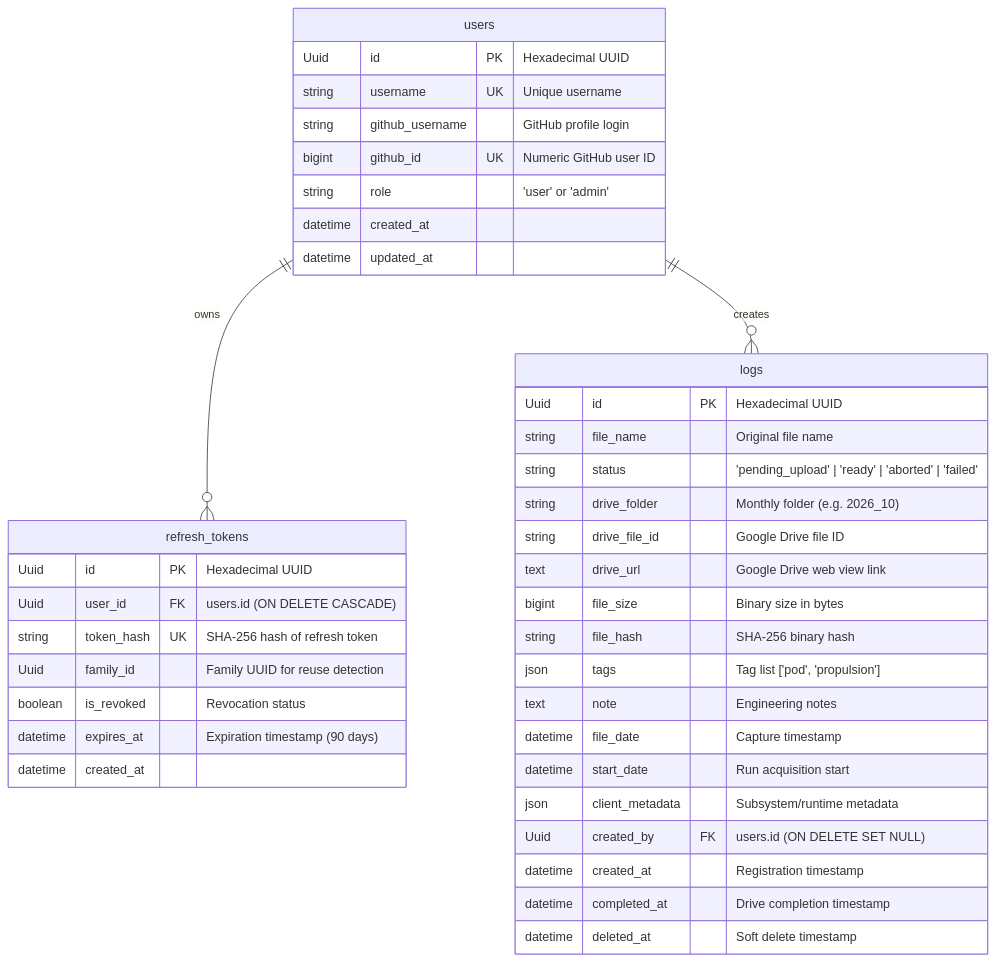
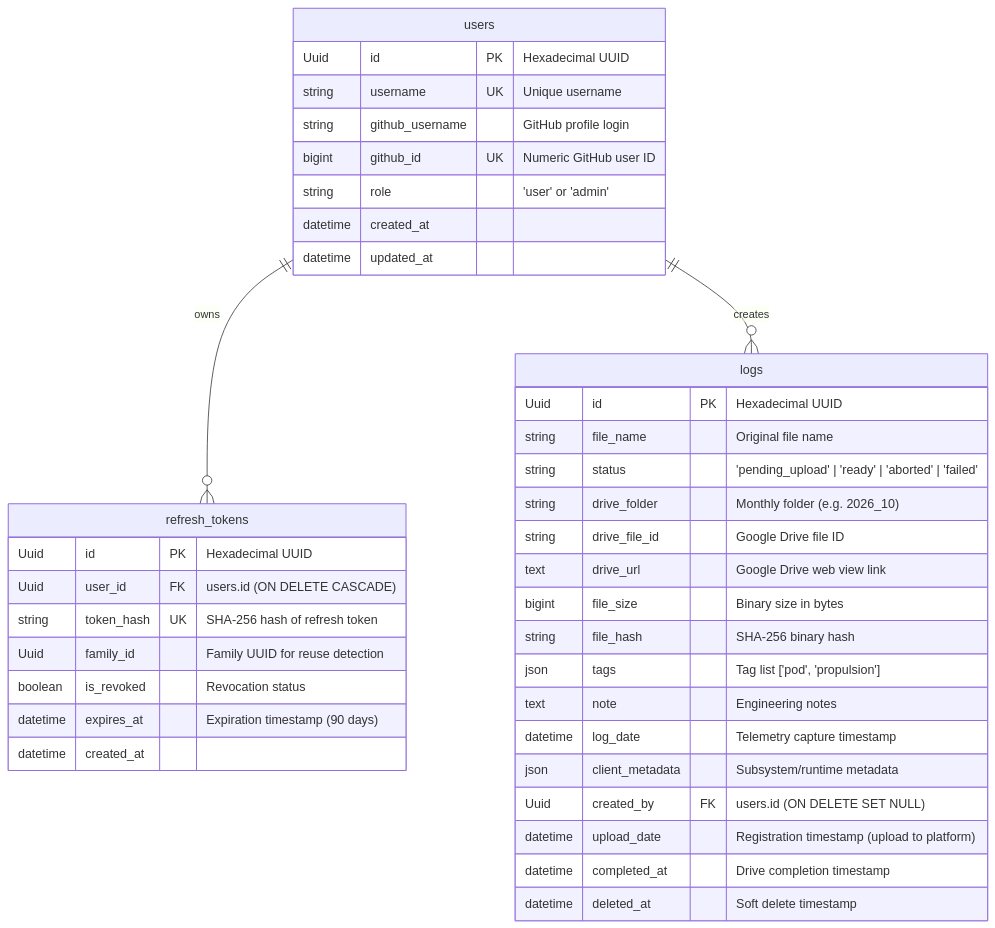
Before and after one commit to Hyperloop-UPV/cloud-logs: the second of 2 diagrams in docs/ARCHITECTURE.md, drawn with Mermaid. The commit also changed other lines of this file and 26 other files, not shown here.

````diff
--- a/docs/ARCHITECTURE.md
+++ b/docs/ARCHITECTURE.md
@@ -71,45 +72,44 @@
 ```mermaid
 erDiagram
     users ||--o{ refresh_tokens : "owns"
     users ||--o{ logs : "creates"
 
     users {
         Uuid id PK "Hexadecimal UUID"
         string username UK "Unique username"
         string github_username "GitHub profile login"
         bigint github_id UK "Numeric GitHub user ID"
         string role "'user' or 'admin'"
         datetime created_at
         datetime updated_at
     }
 
     refresh_tokens {
         Uuid id PK "Hexadecimal UUID"
         Uuid user_id FK "users.id (ON DELETE CASCADE)"
         string token_hash UK "SHA-256 hash of refresh token"
         Uuid family_id "Family UUID for reuse detection"
         boolean is_revoked "Revocation status"
         datetime expires_at "Expiration timestamp (90 days)"
         datetime created_at
     }
 
     logs {
         Uuid id PK "Hexadecimal UUID"
         string file_name "Original file name"
         string status "'pending_upload' | 'ready' | 'aborted' | 'failed'"
         string drive_folder "Monthly folder (e.g. 2026_10)"
         string drive_file_id "Google Drive file ID"
         text drive_url "Google Drive web view link"
         bigint file_size "Binary size in bytes"
         string file_hash "SHA-256 binary hash"
         json tags "Tag list ['pod', 'propulsion']"
         text note "Engineering notes"
-        datetime file_date "Capture timestamp"
-        datetime start_date "Run acquisition start"
+        datetime log_date "Telemetry capture timestamp"
         json client_metadata "Subsystem/runtime metadata"
         Uuid created_by FK "users.id (ON DELETE SET NULL)"
-        datetime created_at "Registration timestamp"
+        datetime upload_date "Registration timestamp (upload to platform)"
         datetime completed_at "Drive completion timestamp"
         datetime deleted_at "Soft delete timestamp"
     }
 ```
````
